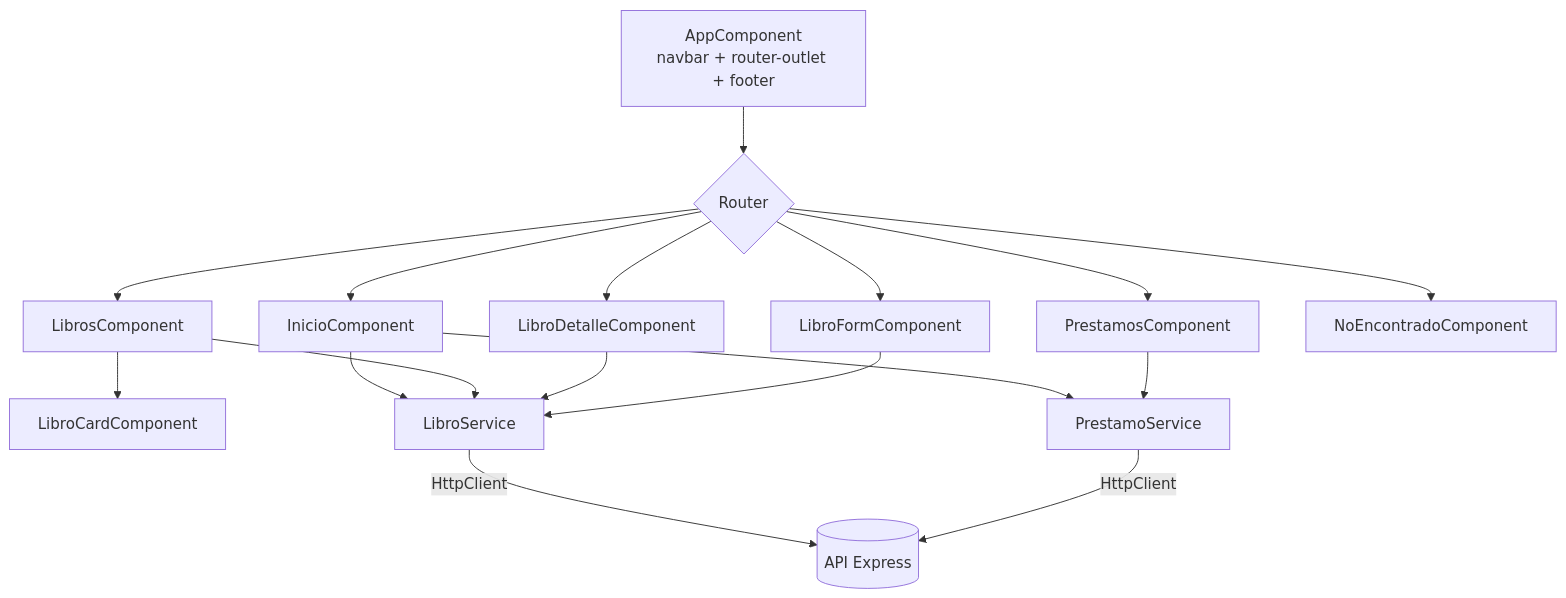
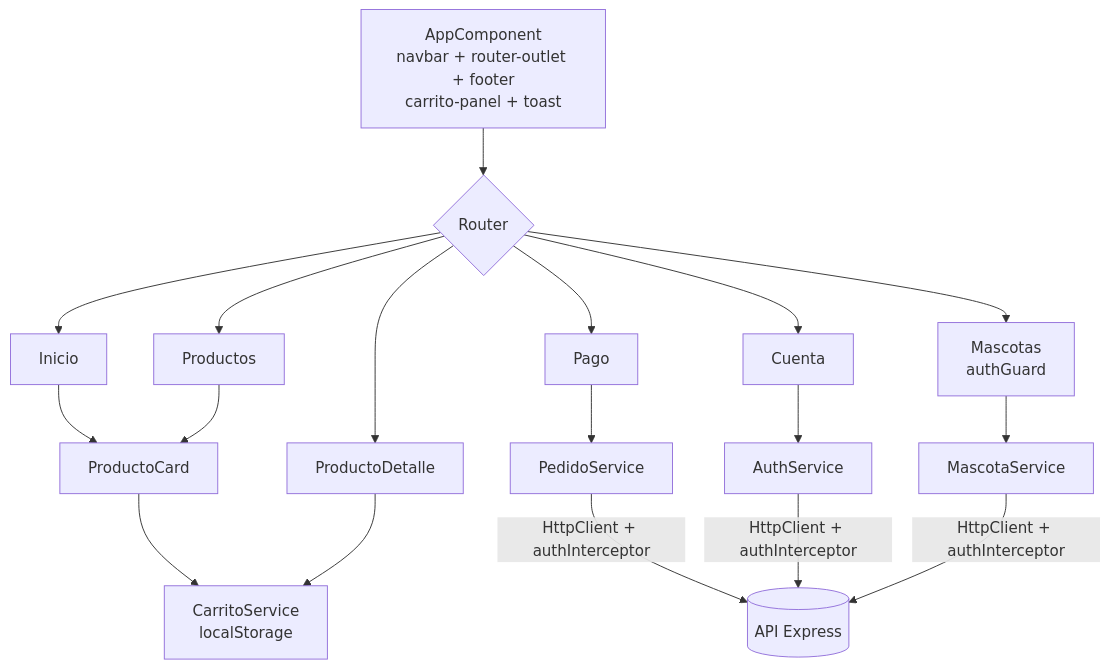
Before and after one commit to jesusmechan/pc2_javascript_avanzado: the third of 3 diagrams in README.md, drawn with Mermaid. The commit also changed other lines of this file and 108 other files, not shown here.

````diff
--- a/README.md
+++ b/README.md
@@ -174,14 +182,16 @@
 ```mermaid
 flowchart TD
-    APP[AppComponent<br/>navbar + router-outlet + footer] --> RO{Router}
-    RO --> P1[InicioComponent]
-    RO --> P2[LibrosComponent]
-    RO --> P3[LibroDetalleComponent]
-    RO --> P4[LibroFormComponent]
-    RO --> P5[PrestamosComponent]
-    RO --> P6[NoEncontradoComponent]
-    P2 --> C1[LibroCardComponent]
-    P1 & P2 & P3 & P4 --> S1[LibroService]
-    P1 & P5 --> S2[PrestamoService]
-    S1 & S2 -- HttpClient --> API[(API Express)]
+    APP[AppComponent<br/>navbar + router-outlet + footer<br/>carrito-panel + toast] --> RO{Router}
+    RO --> P1[Inicio]
+    RO --> P2[Productos]
+    RO --> P3[ProductoDetalle]
+    RO --> P4[Pago]
+    RO --> P5[Cuenta]
+    RO --> P6[Mascotas<br/>authGuard]
+    P1 & P2 --> C1[ProductoCard]
+    C1 & P3 --> S1[CarritoService<br/>localStorage]
+    P4 --> S2[PedidoService]
+    P5 --> S3[AuthService]
+    P6 --> S4[MascotaService]
+    S2 & S3 & S4 -- "HttpClient + authInterceptor" --> API[(API Express)]
 ```
````
